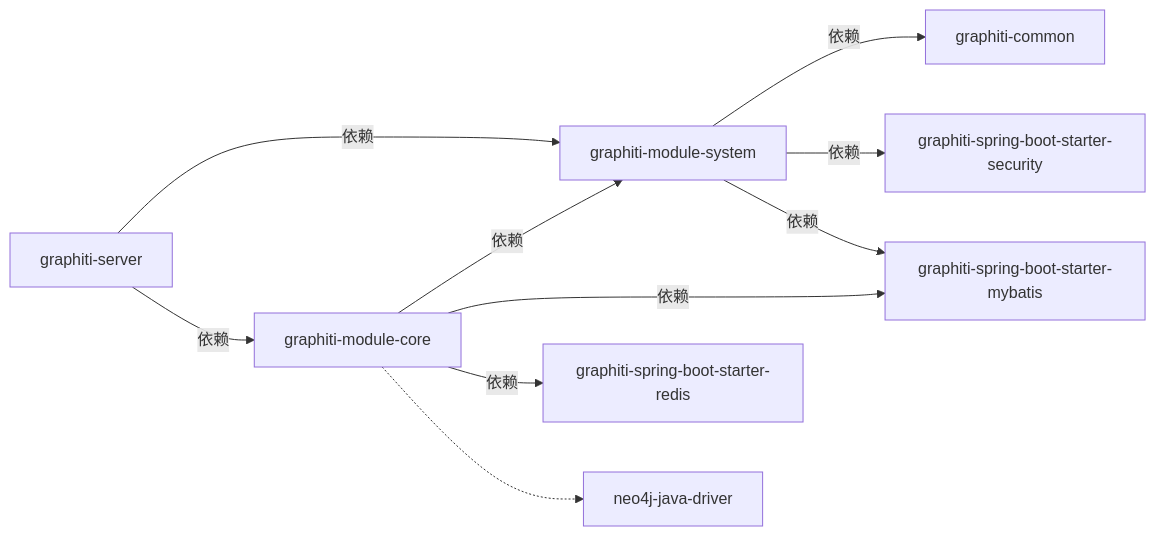
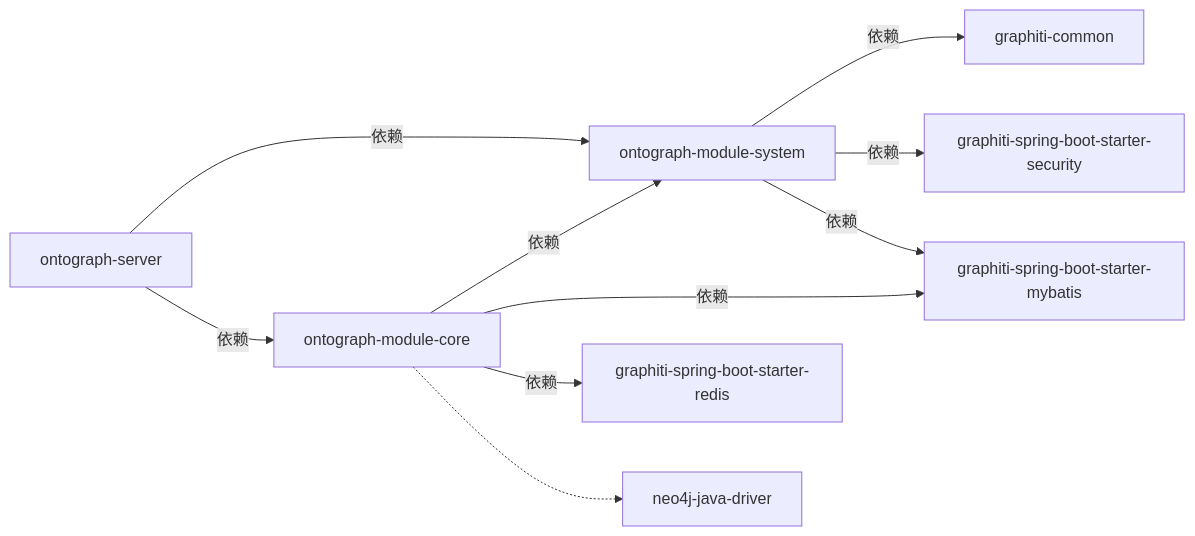
The seventh of 7 diagrams in docs/manual/架构设计/模块化设计/模块依赖关系.md (joezxh/graphiti-java), drawn with Mermaid before and after one commit. The commit also changed other lines of this file and 200 other files, not shown here.

````diff
--- a/docs/manual/架构设计/模块化设计/模块依赖关系.md
+++ b/docs/manual/架构设计/模块化设计/模块依赖关系.md
@@ -274,12 +274,12 @@
 ```mermaid
 graph LR
-sys["graphiti-module-system"] --> |依赖| common["graphiti-common"]
+sys["ontograph-module-system"] --> |依赖| common["graphiti-common"]
 sys --> |依赖| sec["graphiti-spring-boot-starter-security"]
 sys --> |依赖| myb["graphiti-spring-boot-starter-mybatis"]
-core["graphiti-module-core"] --> |依赖| sys
+core["ontograph-module-core"] --> |依赖| sys
 core --> |依赖| myb
 core --> |依赖| redis["graphiti-spring-boot-starter-redis"]
 core -.-> neo4j["neo4j-java-driver"]
-server["graphiti-server"] --> |依赖| sys
+server["ontograph-server"] --> |依赖| sys
 server --> |依赖| core
 ```
````
